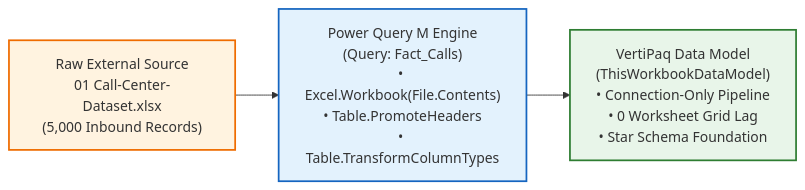
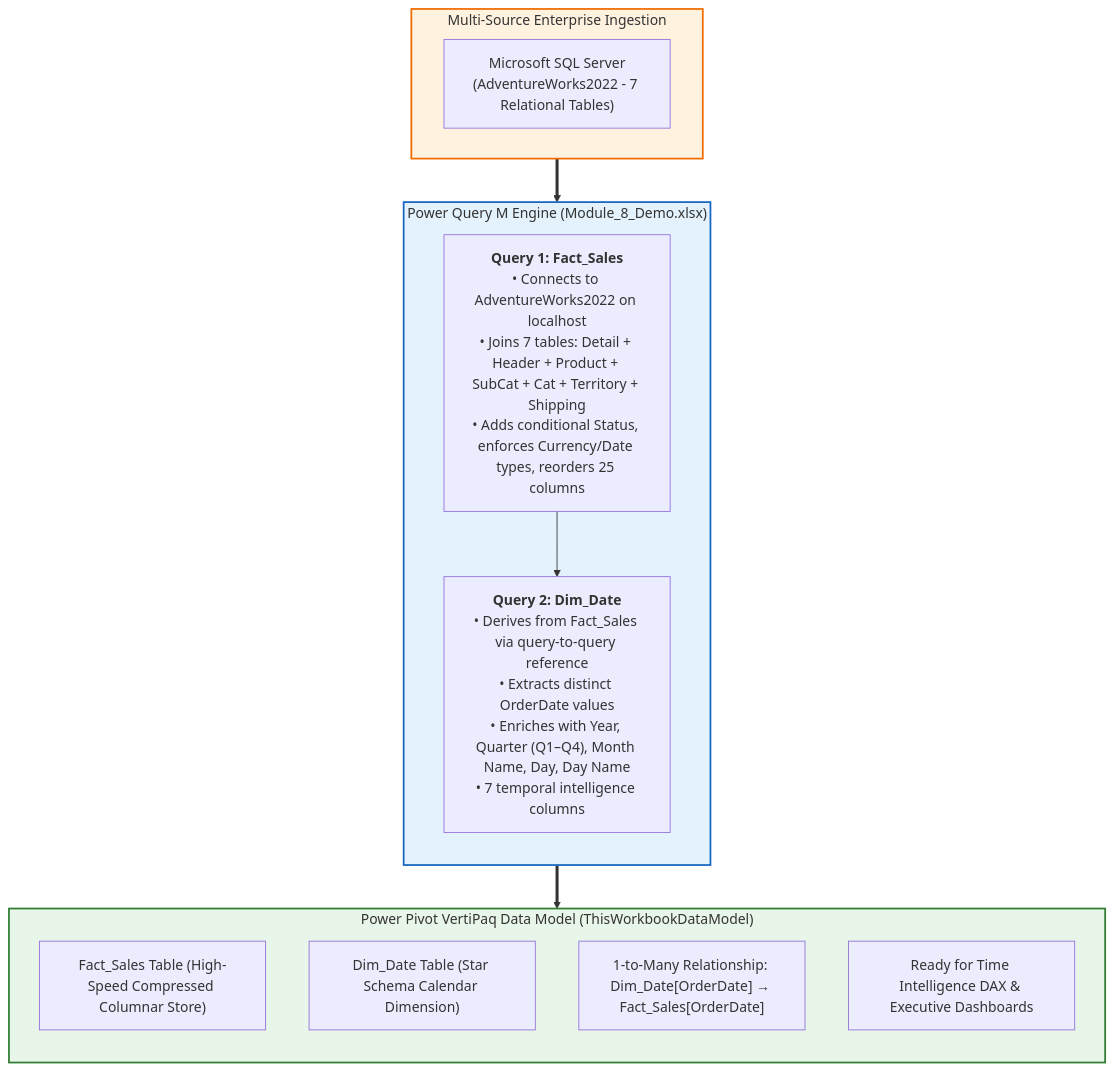
The seventh of 7 diagrams in 02_Notes/08_Power_Query_and_M/01_Power_Query_Fundamentals_and_ETL.md (Sohila-Khaled-Abbas/COURSE-EXCEL-ZERO-TO-HERO), drawn with Mermaid before and after one commit. The commit also changed other lines of this file and 5 other files, not shown here.

First line of the commit message:
docs: replace Fact_Calls with Dim_Date Star Schema calendar dimension

````diff
--- a/02_Notes/08_Power_Query_and_M/01_Power_Query_Fundamentals_and_ETL.md
+++ b/02_Notes/08_Power_Query_and_M/01_Power_Query_Fundamentals_and_ETL.md
@@ -454,9 +454,27 @@
 ```mermaid
-flowchart LR
-    RAW["Raw External Source\n01 Call-Center-Dataset.xlsx\n(5,000 Inbound Records)"] --> PQ_M["Power Query M Engine\n(Query: Fact_Calls)\n• Excel.Workbook(File.Contents)\n• Table.PromoteHeaders\n• Table.TransformColumnTypes"]
-    PQ_M --> MODEL["VertiPaq Data Model\n(ThisWorkbookDataModel)\n• Connection-Only Pipeline\n• 0 Worksheet Grid Lag\n• Star Schema Foundation"]
+flowchart TD
+    subgraph SOURCES ["Multi-Source Enterprise Ingestion"]
+        S1["Microsoft SQL Server\n(AdventureWorks2022 - 7 Relational Tables)"]
+    end
 
-    style RAW fill:#fff3e0,stroke:#ef6c00,stroke-width:2px
+    subgraph PQ_M ["Power Query M Engine (Module_8_Demo.xlsx)"]
+        direction TB
+        M1["<b>Query 1: Fact_Sales</b><br/>• Connects to AdventureWorks2022 on localhost<br/>• Joins 7 tables: Detail + Header + Product + SubCat + Cat + Territory + Shipping<br/>• Adds conditional Status, enforces Currency/Date types, reorders 25 columns"]
+        M2["<b>Query 2: Dim_Date</b><br/>• Derives from Fact_Sales via query-to-query reference<br/>• Extracts distinct OrderDate values<br/>• Enriches with Year, Quarter (Q1–Q4), Month Name, Day, Day Name<br/>• 7 temporal intelligence columns"]
+        M1 --> M2
+    end
+
+    subgraph MODEL ["Power Pivot VertiPaq Data Model (ThisWorkbookDataModel)"]
+        direction TB
+        V1["Fact_Sales Table (High-Speed Compressed Columnar Store)"]
+        V2["Dim_Date Table (Star Schema Calendar Dimension)"]
+        V3["1-to-Many Relationship: Dim_Date[OrderDate] → Fact_Sales[OrderDate]"]
+        V4["Ready for Time Intelligence DAX & Executive Dashboards"]
+    end
+
+    SOURCES ==> PQ_M ==> MODEL
+
+    style SOURCES fill:#fff3e0,stroke:#ef6c00,stroke-width:2px
     style PQ_M fill:#e3f2fd,stroke:#1565c0,stroke-width:2px
     style MODEL fill:#e8f5e9,stroke:#2e7d32,stroke-width:2px
 ```
````
